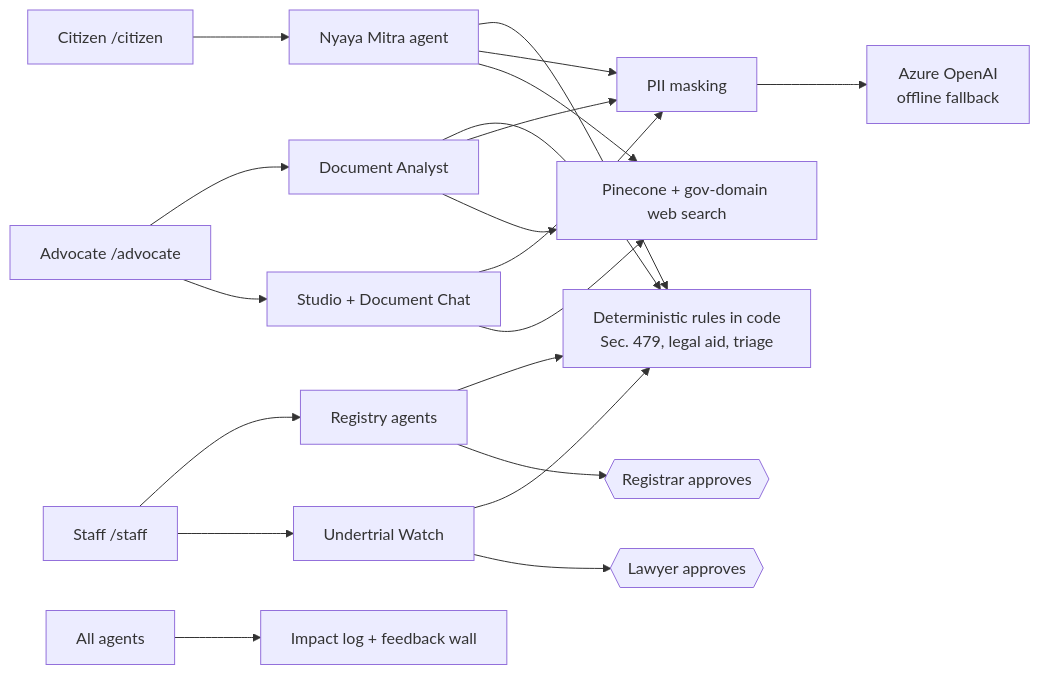
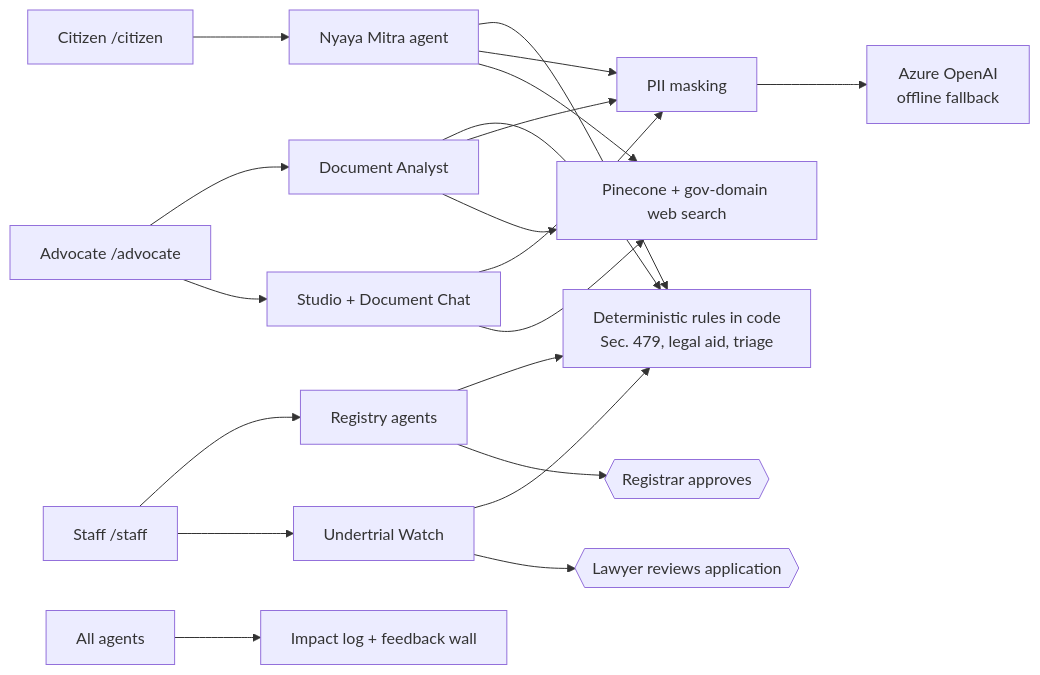
The diagram in README.md (chintamourya/nyayavedika), drawn with Mermaid before and after one commit. The commit also changed other lines of this file and 28 other files, not shown here.

````diff
--- a/README.md
+++ b/README.md
@@ -67,14 +67,14 @@
 ```mermaid
 flowchart LR
     C["Citizen /citizen"] --> NM["Nyaya Mitra agent"]
     A["Advocate /advocate"] --> DA["Document Analyst"]
     A --> WB["Studio + Document Chat"]
     S["Staff /staff"] --> RA["Registry agents"]
     S --> UW["Undertrial Watch"]
     NM & DA & RA & UW --> RULES["Deterministic rules in code<br/>Sec. 479, legal aid, triage"]
     NM & DA & WB --> PII["PII masking"] --> LLM["Azure OpenAI<br/>offline fallback"]
     NM & DA & WB --> KB["Pinecone + gov-domain web search"]
-    UW --> G1{{"Lawyer approves"}}
+    UW --> G1{{"Lawyer reviews application"}}
     RA --> G2{{"Registrar approves"}}
     Agents["All agents"] --> IMP["Impact log + feedback wall"]
 ```
````
